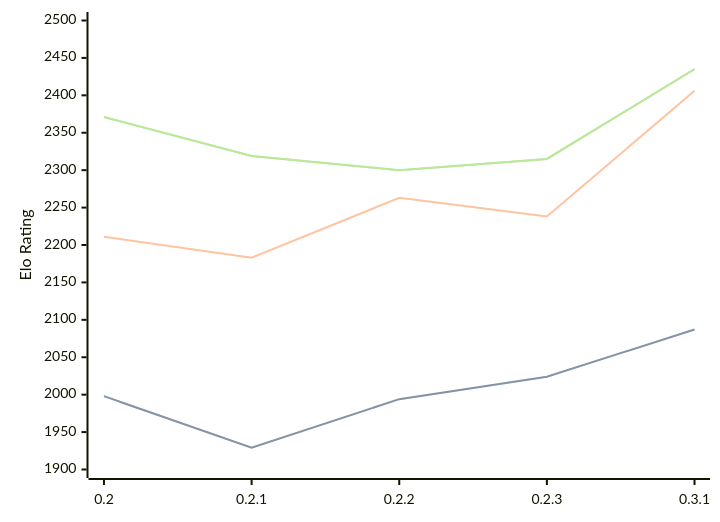
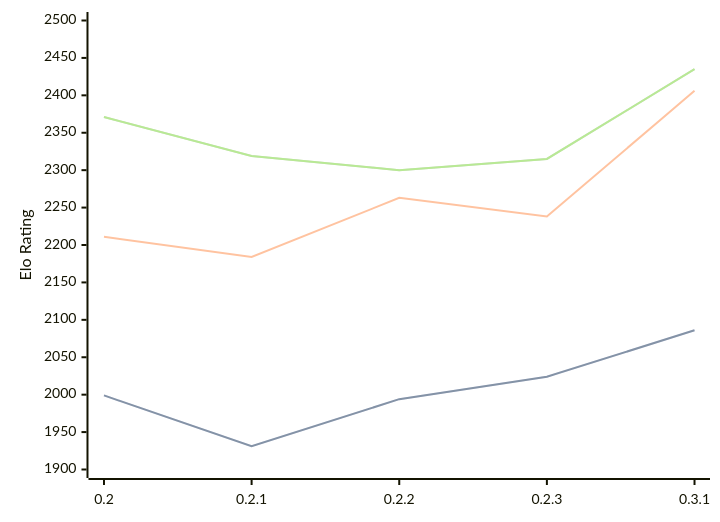
One commit to computer-chess-index/cci changed the diagram in engines/Lolbot.md. Above: the diagram before and after it, drawn with Mermaid. The commit also changed other lines of this file, not shown here.

````diff
--- a/engines/Lolbot.md
+++ b/engines/Lolbot.md
@@ -35,11 +35,11 @@
 ```mermaid
 %%{init: {"theme":"base","themeVariables":{"seriesColors:['#a3a3a3','#222221','#faa371']}}}%%
 xychart-beta
   x-axis ["0.2", "0.2.1", "0.2.2", "0.2.3", "0.3.1"]
   y-axis "Elo Rating" 1900 --> 2500
-  line "" [1998, 1929, 1994, 2024, 2087]
-  line "STC (8.0+0.08s)" [1998, 1929, 1994, 2024, 2087]
-  line "LTC (60.0+0.60s)" [2211, 2183, 2263, 2238, 2406]
+  line "" [1999, 1931, 1994, 2024, 2086]
+  line "STC (8.0+0.08s)" [1999, 1931, 1994, 2024, 2086]
+  line "LTC (60.0+0.60s)" [2211, 2184, 2263, 2238, 2406]
   line "" [2371, 2319, 2300, 2315, 2435]
   line "VLTC (2m24s+1.12s)" [2371, 2319, 2300, 2315, 2435]
 ```
````
